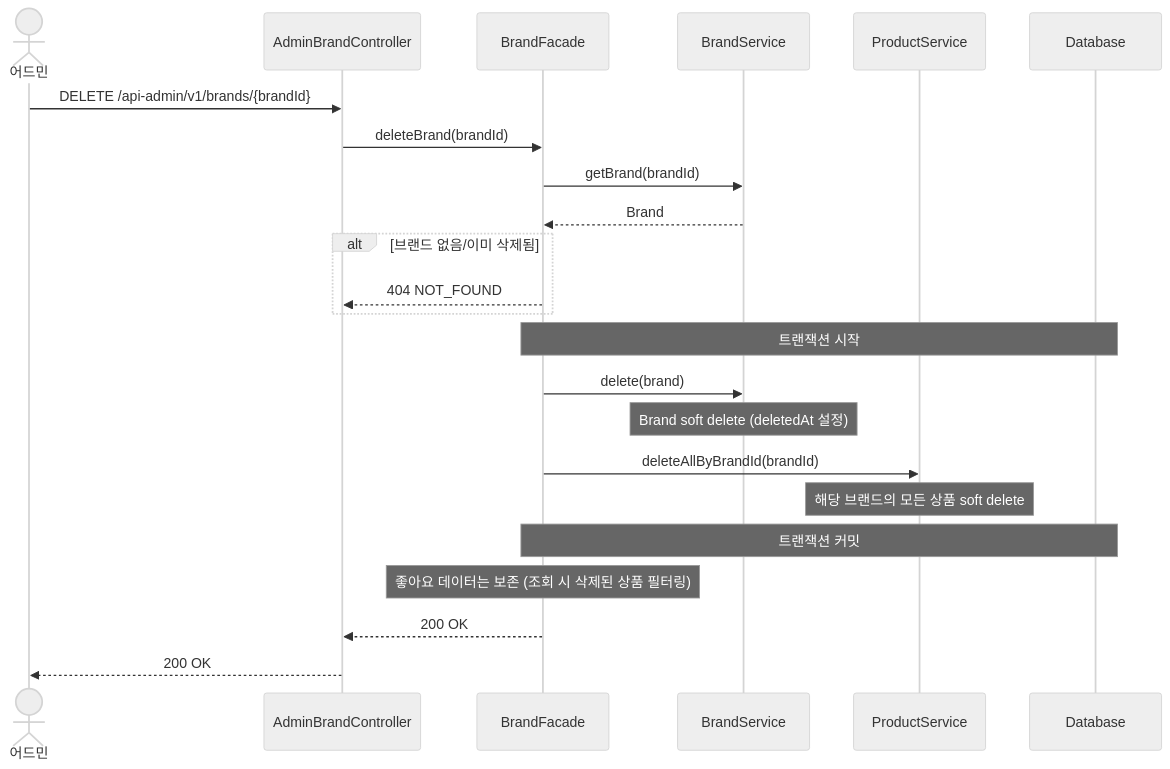
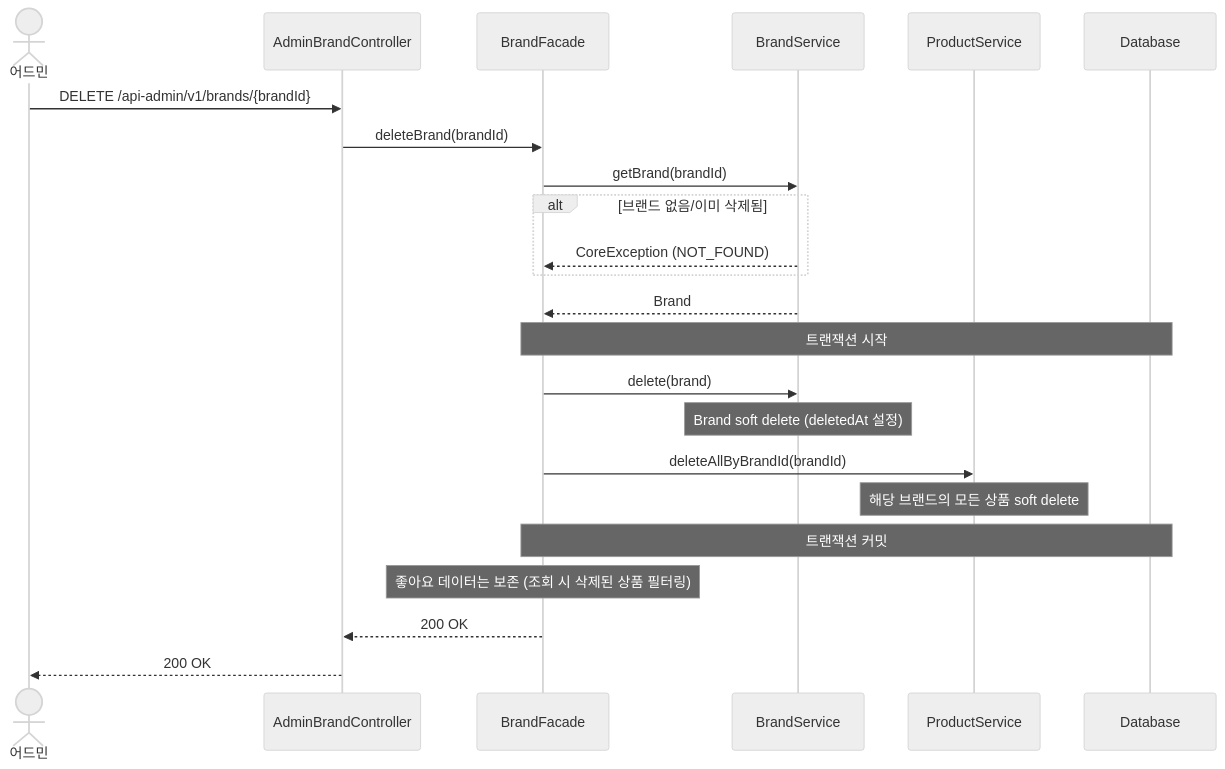
The fourth of 8 diagrams in docs/design/02-sequence-diagrams.md (Loopers-dev-lab/loop-pack-be-l2-vol3-kotlin), drawn with Mermaid (neutral theme) before and after one commit. The commit also changed other lines of this file, not shown here.

First line of the commit message:
docs: 시퀀스 다이어그램 보완 — 책임 객체, 트랜잭션 경계, 누락 흐름 추가

````diff
--- a/docs/design/02-sequence-diagrams.md
+++ b/docs/design/02-sequence-diagrams.md
@@ -152,34 +169,33 @@
 ```mermaid
 sequenceDiagram
     actor A as 어드민
     participant Ctrl as AdminBrandController
     participant F as BrandFacade
     participant BS as BrandService
     participant PS as ProductService
     participant DB as Database
 
     A->>Ctrl: DELETE /api-admin/v1/brands/{brandId}
     Ctrl->>F: deleteBrand(brandId)
 
     F->>BS: getBrand(brandId)
+    alt 브랜드 없음/이미 삭제됨
+        BS-->>F: CoreException (NOT_FOUND)
+    end
     BS-->>F: Brand
-
-    alt 브랜드 없음/이미 삭제됨
-        F-->>Ctrl: 404 NOT_FOUND
-    end
 
     Note over F,DB: 트랜잭션 시작
 
     F->>BS: delete(brand)
     Note over BS: Brand soft delete (deletedAt 설정)
 
     F->>PS: deleteAllByBrandId(brandId)
     Note over PS: 해당 브랜드의 모든 상품 soft delete
 
     Note over F,DB: 트랜잭션 커밋
 
     Note over F: 좋아요 데이터는 보존 (조회 시 삭제된 상품 필터링)
 
     F-->>Ctrl: 200 OK
     Ctrl-->>A: 200 OK
 ```
````
